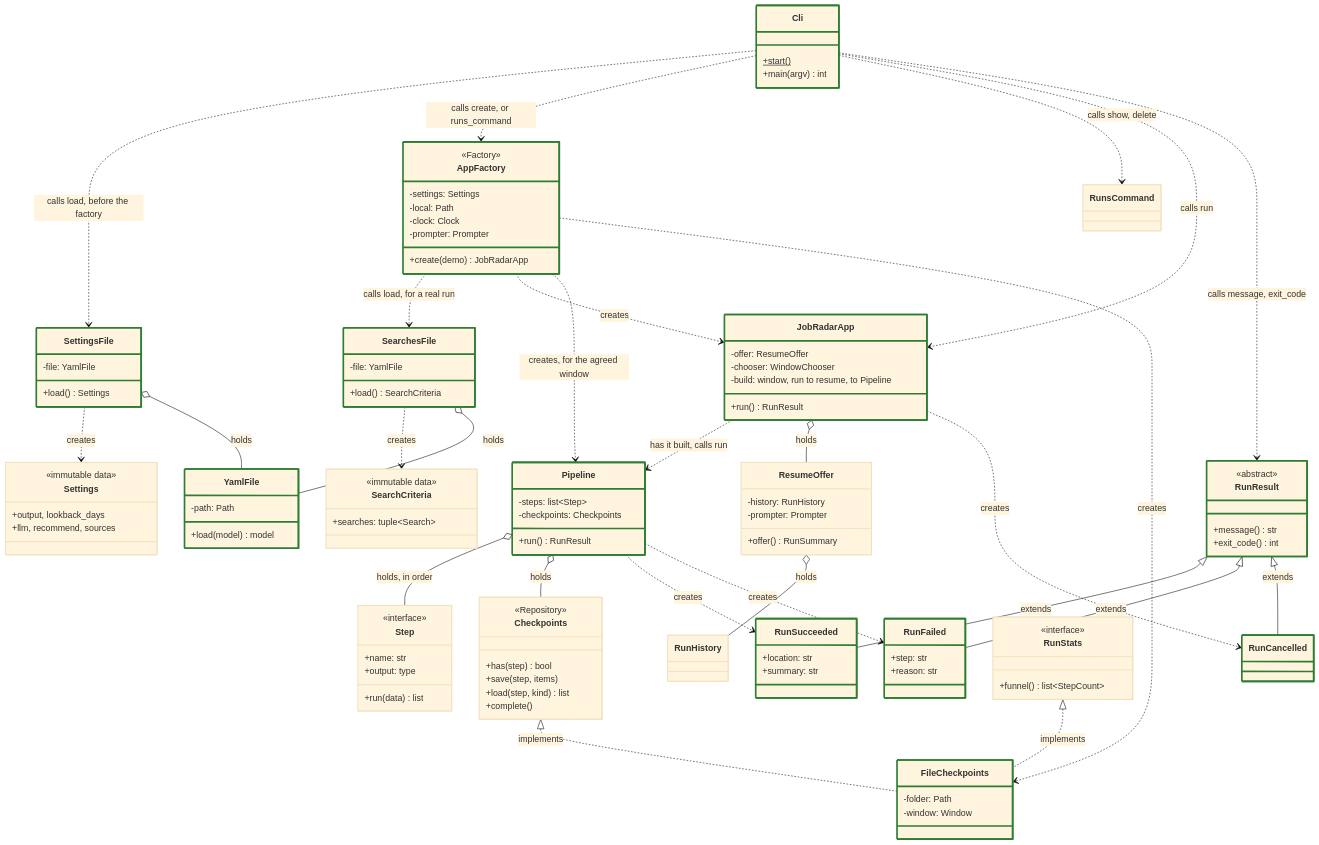
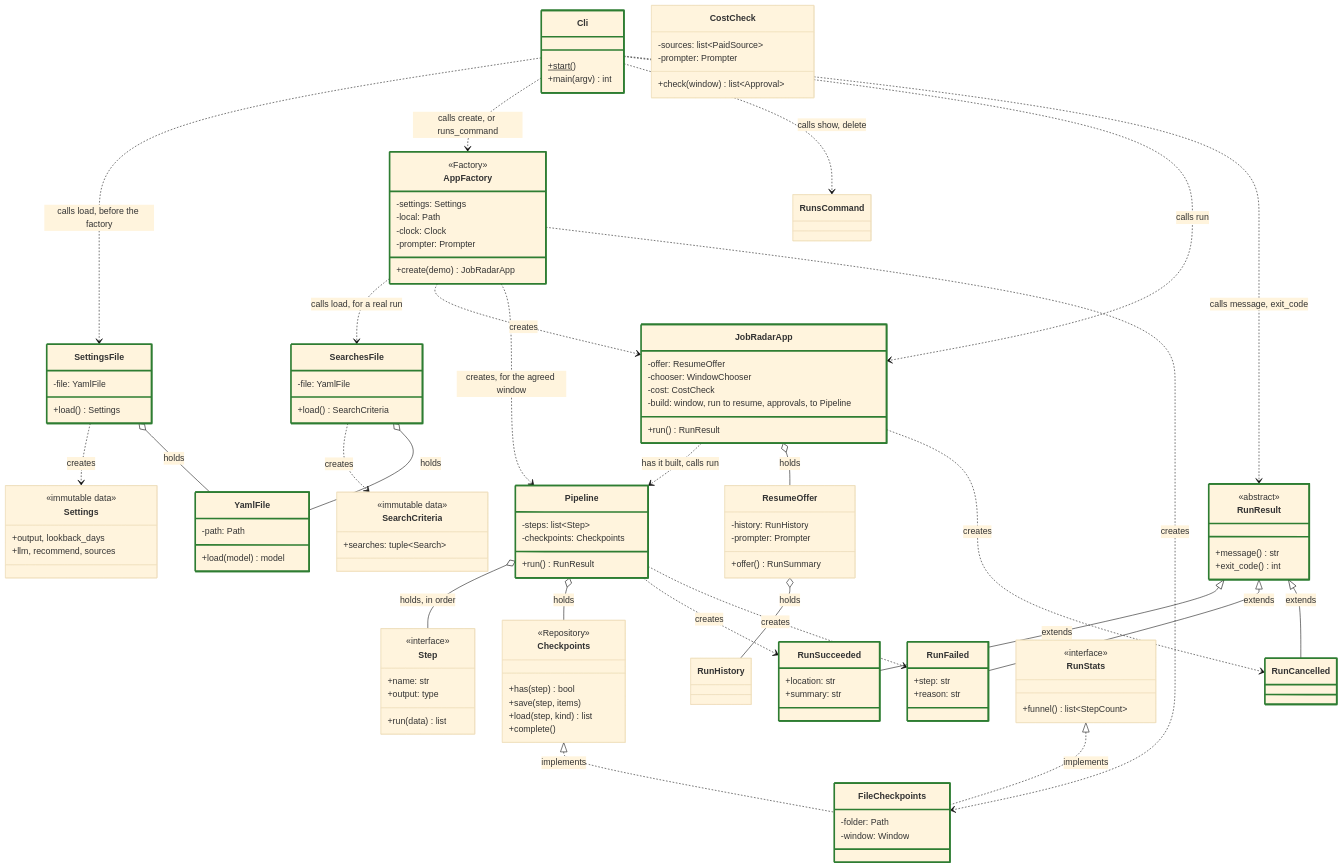
Before and after one commit to adailida/job-radar: the first of 5 diagrams in docs/architecture.md, drawn with Mermaid (base theme). The commit also changed other lines of this file and 24 other files, not shown here.

```diff
--- a/docs/architecture.md
+++ b/docs/architecture.md
@@ -59,8 +59,14 @@
     class JobRadarApp {
         -offer: ResumeOffer
         -chooser: WindowChooser
-        -build: window, run to resume, to Pipeline
+        -cost: CostCheck
+        -build: window, run to resume, approvals, to Pipeline
         +run() RunResult
+    }
+    class CostCheck {
+        -sources: list~PaidSource~
+        -prompter: Prompter
+        +check(window) list~Approval~
     }
     class ResumeOffer {
         -history: RunHistory
```
